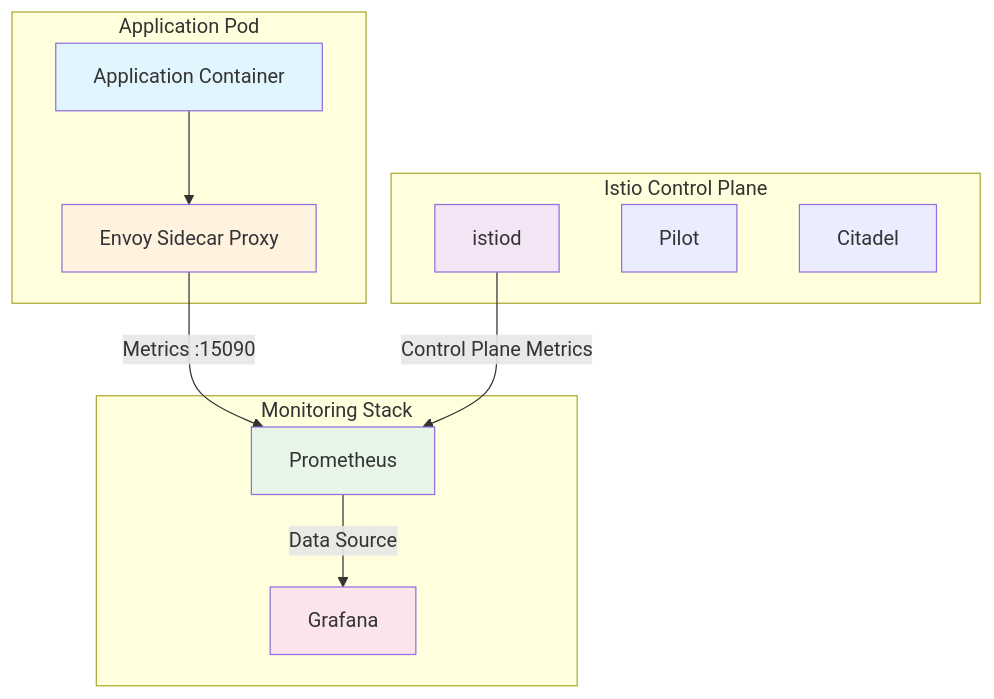
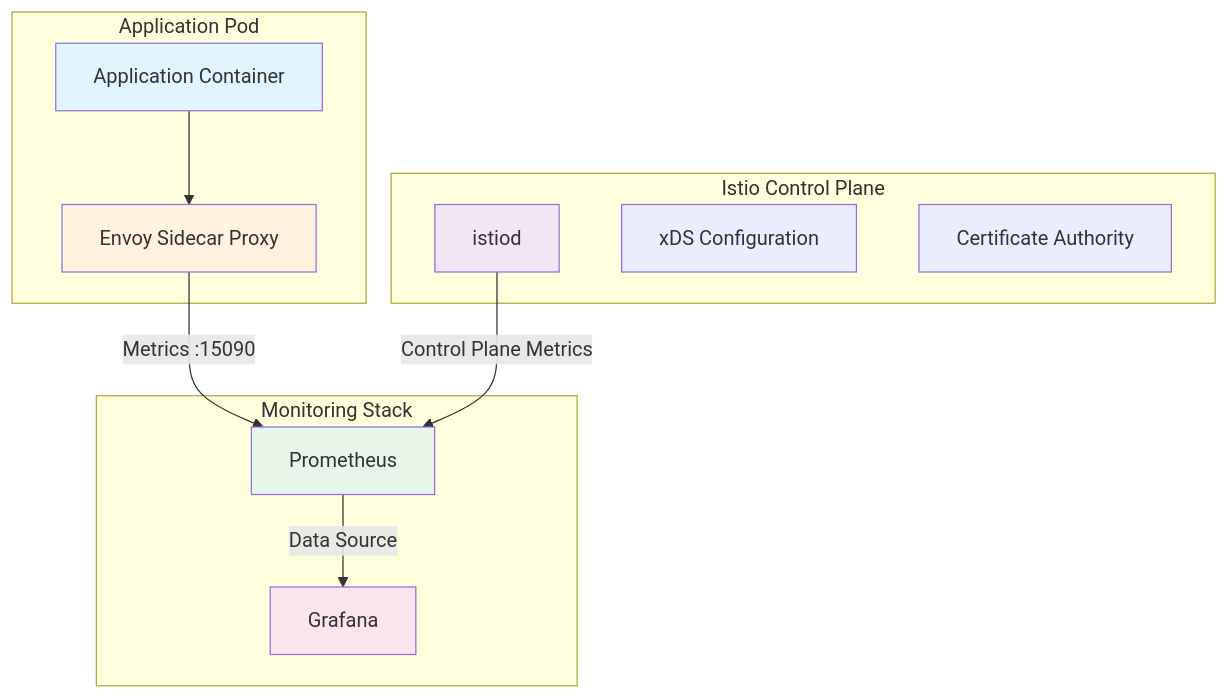
The first of 5 diagrams in posts/2026-01-07-istio-prometheus-grafana-monitoring/README.md (OneUptime/blog), drawn with Mermaid before and after one commit. The commit also changed other lines of this file and 2 other files, not shown here.

````diff
--- a/posts/2026-01-07-istio-prometheus-grafana-monitoring/README.md
+++ b/posts/2026-01-07-istio-prometheus-grafana-monitoring/README.md
@@ -25,27 +25,27 @@
 ```mermaid
 graph TB
     subgraph "Application Pod"
         A[Application Container] --> B[Envoy Sidecar Proxy]
     end
 
     subgraph "Istio Control Plane"
         C[istiod]
-        D[Pilot]
-        E[Citadel]
+        D[xDS Configuration]
+        E[Certificate Authority]
     end
 
     subgraph "Monitoring Stack"
         F[Prometheus]
         G[Grafana]
     end
 
     B -->|Metrics :15090| F
     C -->|Control Plane Metrics| F
     F -->|Data Source| G
 
     style A fill:#e1f5fe
     style B fill:#fff3e0
     style C fill:#f3e5f5
     style F fill:#e8f5e9
     style G fill:#fce4ec
 ```
````
